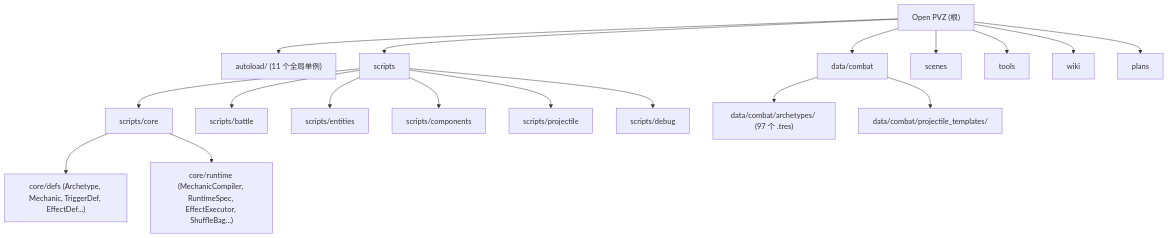
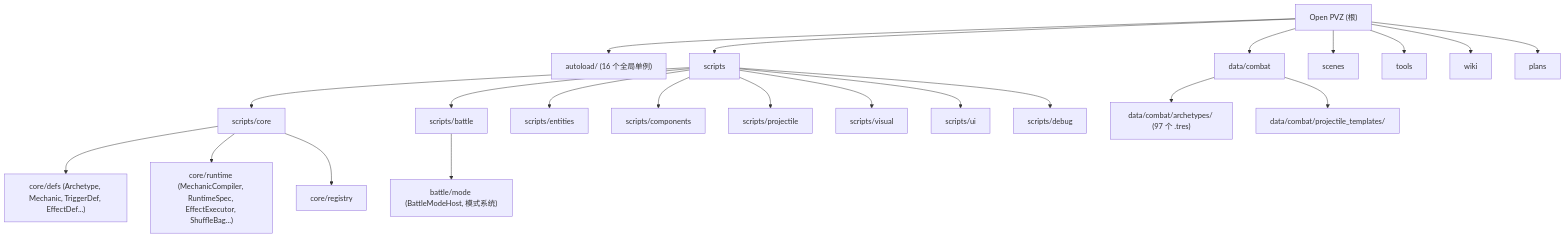
Before and after one commit to Abgetrennter/open_pvz: the diagram in CLAUDE.md, drawn with Mermaid. The commit also changed other lines of this file and 1 other file, not shown here.

````diff
--- a/CLAUDE.md
+++ b/CLAUDE.md
@@ -73,31 +88,37 @@
 ```mermaid
 graph TD
-    Root["Open PVZ (根)"] --> Autoload["autoload/ (11 个全局单例)"]
+    Root["Open PVZ (根)"] --> Autoload["autoload/ (16 个全局单例)"]
     Root --> Scripts["scripts"]
     Root --> Data["data/combat"]
     Root --> Scenes["scenes"]
     Root --> Tools["tools"]
     Root --> Wiki["wiki"]
     Root --> Plans["plans"]
 
     Scripts --> Core["scripts/core"]
     Scripts --> Battle["scripts/battle"]
     Scripts --> Entities["scripts/entities"]
     Scripts --> Components["scripts/components"]
     Scripts --> Projectile["scripts/projectile"]
+    Scripts --> Visual["scripts/visual"]
+    Scripts --> UI["scripts/ui"]
     Scripts --> Debug["scripts/debug"]
 
     Core --> CoreDefs["core/defs (Archetype, Mechanic, TriggerDef, EffectDef...)"]
     Core --> CoreRuntime["core/runtime (MechanicCompiler, RuntimeSpec, EffectExecutor, ShuffleBag...)"]
+    Core --> CoreRegistry["core/registry"]
+
+    Battle --> BattleMode["battle/mode (BattleModeHost, 模式系统)"]
 
     Data --> Archetypes["data/combat/archetypes/ (97 个 .tres)"]
     Data --> Projectiles["data/combat/projectile_templates/"]
 
     click Autoload "./autoload/CLAUDE.md" "查看 autoload 模块文档"
     click Core "./scripts/core/CLAUDE.md" "查看 core 模块文档"
     click Battle "./scripts/battle/CLAUDE.md" "查看 battle 模块文档"
     click Entities "./scripts/entities/CLAUDE.md" "查看 entities 模块文档"
     click Components "./scripts/components/CLAUDE.md" "查看 components 模块文档"
     click Projectile "./scripts/projectile/CLAUDE.md" "查看 projectile 模块文档"
+    click Visual "./scripts/visual/CLAUDE.md" "查看 visual 模块文档"
     click Data "./data/combat/CLAUDE.md" "查看 data/combat 模块文档"
 ```
````
